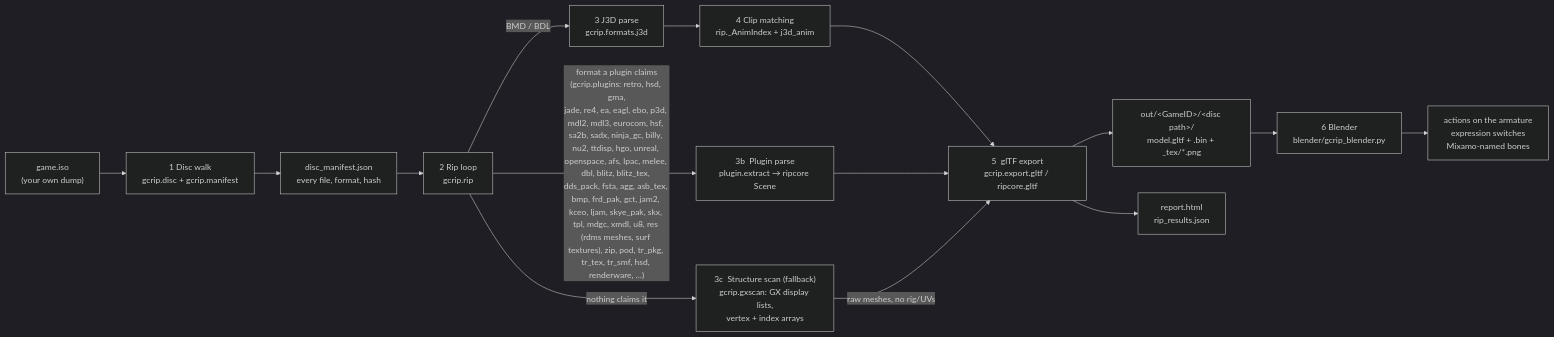
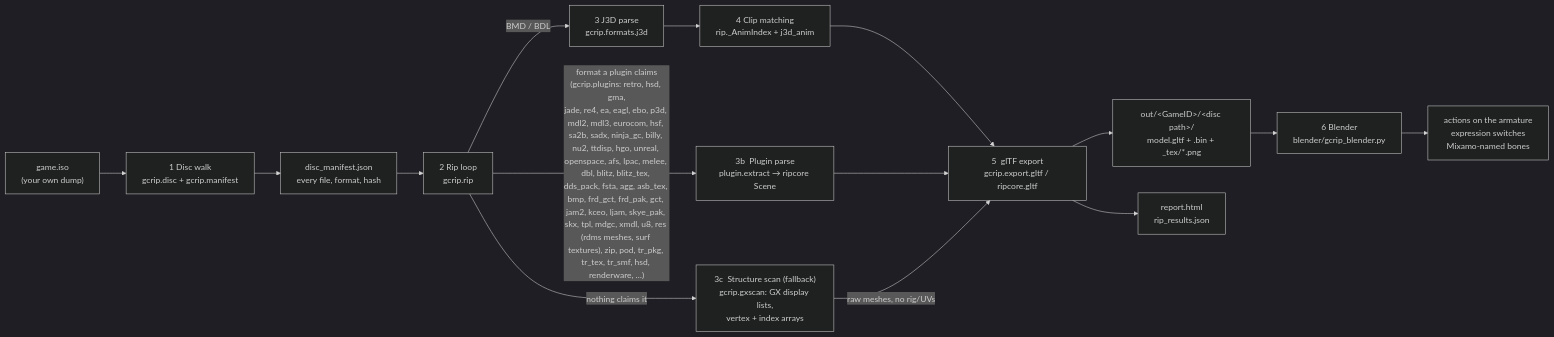
The first of 9 diagrams in docs/PIPELINE.md (Felbs/3d-ripper-9000), drawn with Mermaid (dark theme) before and after one commit. The commit also changed 6 other files, not shown here.

````diff
--- a/docs/PIPELINE.md
+++ b/docs/PIPELINE.md
@@ -11,17 +11,17 @@
 ```mermaid
 flowchart LR
     ISO["game.iso<br/>(your own dump)"] --> WALK["1  Disc walk<br/>gcrip.disc + gcrip.manifest"]
     WALK --> MAN["disc_manifest.json<br/>every file, format, hash"]
     MAN --> RIP["2  Rip loop<br/>gcrip.rip"]
     RIP -->|"BMD / BDL"| J3D["3  J3D parse<br/>gcrip.formats.j3d"]
-    RIP -->|"format a plugin claims<br/>(gcrip.plugins: retro, hsd, gma,<br/>jade, re4, ea, eagl, ebo, p3d, mdl2, mdl3, eurocom, hsf, sa2b, sadx, ninja_gc, billy, nu2, ttdisp, hgo, unreal, openspace, afs, lpac, melee, dbl, blitz, blitz_tex, dds_pack, fsta, agg, asb_tex, bmp, frd_pak, gct, jam2, kceo, ljam, skye_pak, skx, tpl, mdgc, xmdl, u8, res (rdms meshes, surf textures), zip, pod, tr_pkg, tr_tex, tr_smf, hsd, renderware, …)"| PLUG["3b  Plugin parse<br/>plugin.extract → ripcore Scene"]
+    RIP -->|"format a plugin claims<br/>(gcrip.plugins: retro, hsd, gma,<br/>jade, re4, ea, eagl, ebo, p3d, mdl2, mdl3, eurocom, hsf, sa2b, sadx, ninja_gc, billy, nu2, ttdisp, hgo, unreal, openspace, afs, lpac, melee, dbl, blitz, blitz_tex, dds_pack, fsta, agg, asb_tex, bmp, frd_gct, frd_pak, gct, jam2, kceo, ljam, skye_pak, skx, tpl, mdgc, xmdl, u8, res (rdms meshes, surf textures), zip, pod, tr_pkg, tr_tex, tr_smf, hsd, renderware, …)"| PLUG["3b  Plugin parse<br/>plugin.extract → ripcore Scene"]
     RIP -->|"nothing claims it"| GX["3c  Structure scan (fallback)<br/>gcrip.gxscan: GX display lists,<br/>vertex + index arrays"]
     J3D --> ANIM["4  Clip matching<br/>rip._AnimIndex + j3d_anim"]
     ANIM --> GLTF["5  glTF export<br/>gcrip.export.gltf / ripcore.gltf"]
     PLUG --> GLTF
     GX -->|"raw meshes, no rig/UVs"| GLTF
     GLTF --> OUT["out/&lt;GameID&gt;/&lt;disc path&gt;/<br/>model.gltf + .bin + _tex/*.png"]
     GLTF --> REP["report.html<br/>rip_results.json"]
     OUT --> BL["6  Blender<br/>blender/gcrip_blender.py"]
     BL --> PLAY["actions on the armature<br/>expression switches<br/>Mixamo-named bones"]
 ```
````
